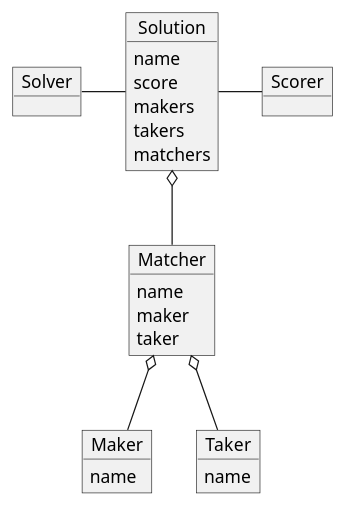
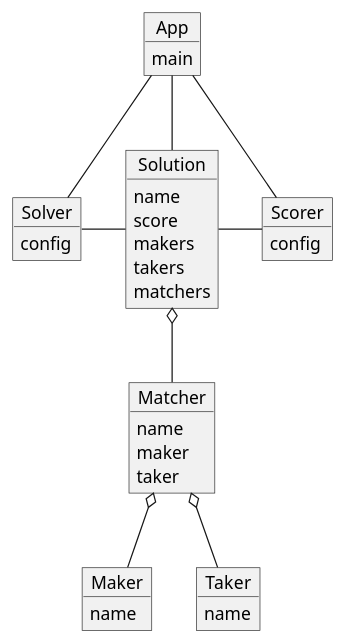
The diagram in doc/plans/objects.plantuml (joelparkerhenderson/demo-optaplanner), drawn with PlantUML before and after one commit. The commit also changed 2 other files, not shown here.

Commit message:
Add UML for App

```diff
--- a/doc/plans/objects.plantuml
+++ b/doc/plans/objects.plantuml
@@ -1,39 +1,49 @@
 @startuml
 skinparam monochrome true
+
+object App {
+    main
+}
 
 object Solution {
     name
     score
     makers
     takers
     matchers
 }
 
-object Solver { 
+object Solver {
+    config
 }
 
-object Scorer { 
+object Scorer {
+    config
 }
+
+App -d- Solver
+App -d- Solution
+App -d- Scorer
 
 Solver --r- Solution
 Solution --r- Scorer
 
 object Matcher {
     name
     maker
     taker
 }
 
 object Maker {
     name
 }
 
 object Taker {
     name
 }
 
 Solution o-d- Matcher
 Matcher o-d- Maker
 Matcher o-d- Taker
 
 @enduml
```
